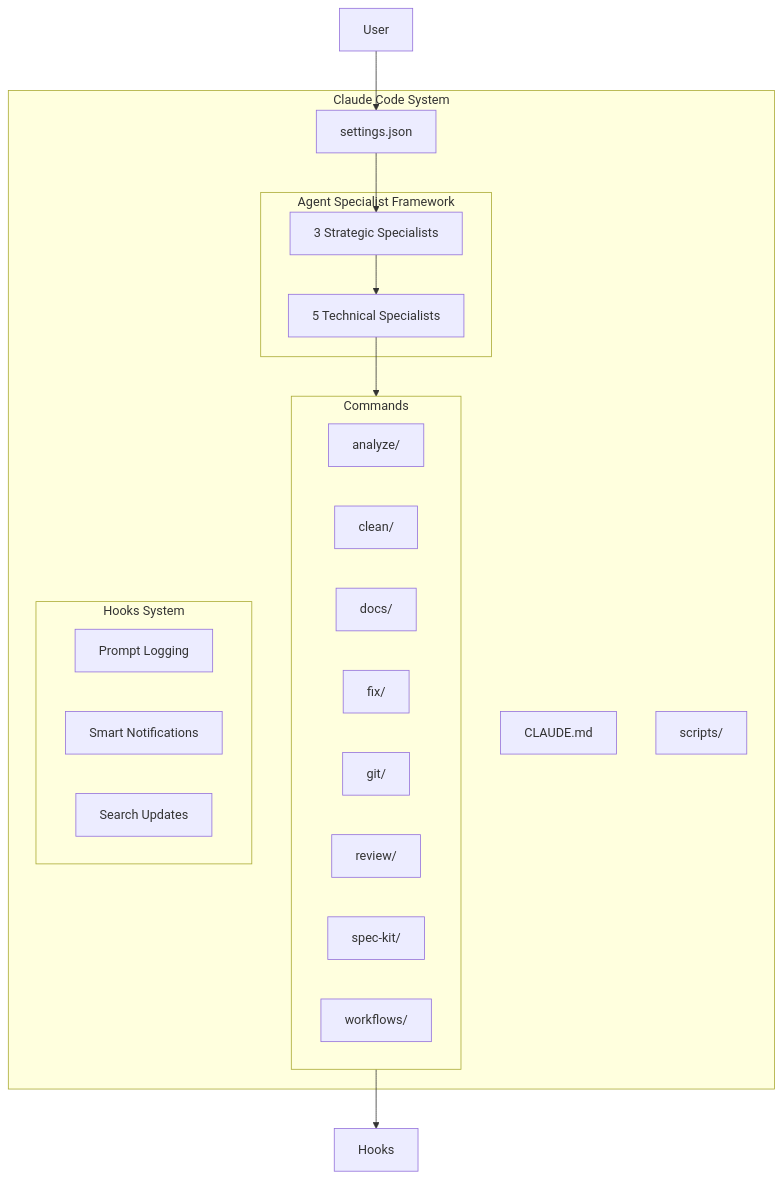
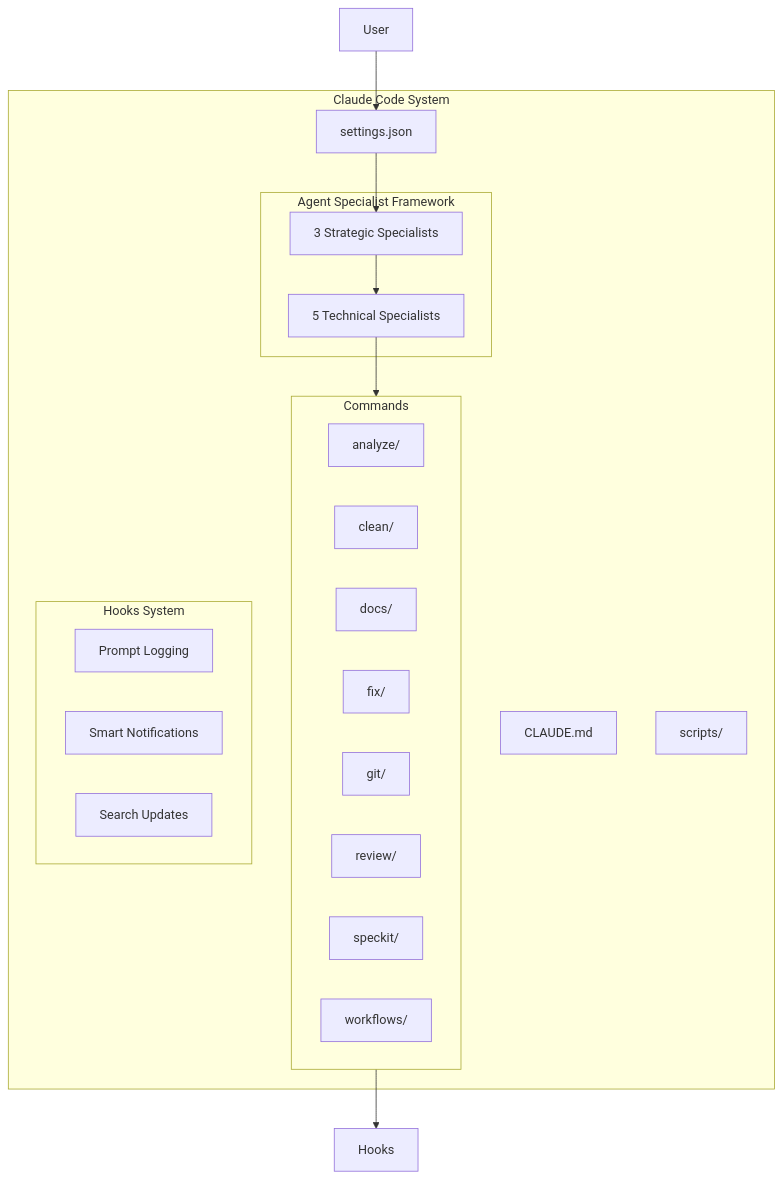
One commit to thomasholknielsen/claude-code-config changed the diagram in docs/developer/developer-guide.md. Above: the diagram before and after it, drawn with Mermaid. The commit also changed other lines of this file and 198 other files, not shown here.

````diff
--- a/docs/developer/developer-guide.md
+++ b/docs/developer/developer-guide.md
@@ -10,36 +10,36 @@
 ```mermaid
 graph TB
     subgraph "Claude Code System"
         Settings[settings.json]
         Claude[CLAUDE.md]
         Scripts[scripts/]
 
         subgraph "Agent Specialist Framework"
             AnalysisSpecialists[3 Strategic Specialists]
             ExecutionSpecialists[5 Technical Specialists]
         end
 
         subgraph "Commands"
             Analyze[analyze/]
             Clean[clean/]
             Docs[docs/]
             Fix[fix/]
             Git[git/]
             Review[review/]
-            SpecKit[spec-kit/]
+            SpecKit[speckit/]
             Workflows[workflows/]
         end
 
         subgraph "Hooks System"
             PromptLog[Prompt Logging]
             Notifications[Smart Notifications]
             SearchUpdate[Search Updates]
         end
     end
 
     User --> Settings
     Settings --> AnalysisSpecialists
     AnalysisSpecialists --> ExecutionSpecialists
     ExecutionSpecialists --> Commands
     Commands --> Hooks
 ```
````
